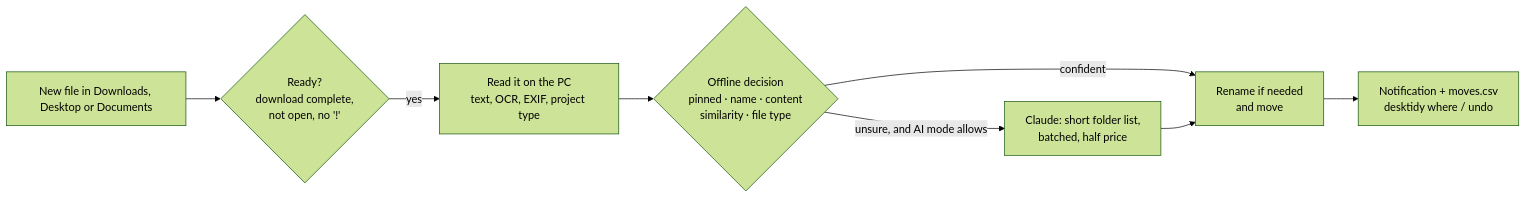
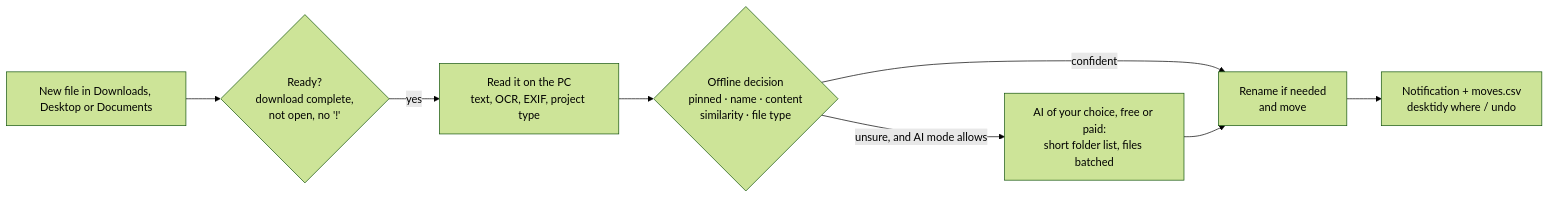
Before and after one commit to davide0707/desktidy: the diagram in README.md, drawn with Mermaid (forest theme). The commit also changed other lines of this file and 18 other files, not shown here.

````diff
--- a/README.md
+++ b/README.md
@@ -91,10 +96,10 @@
 ```mermaid
 flowchart LR
     A[New file in Downloads, Desktop or Documents] --> B{Ready?<br/>download complete,<br/>not open, no '!'}
     B -- yes --> C[Read it on the PC<br/>text, OCR, EXIF, project type]
     C --> D{Offline decision<br/>pinned · name · content<br/>similarity · file type}
     D -- confident --> F[Rename if needed<br/>and move]
-    D -- unsure, and AI mode allows --> E[Claude: short folder list,<br/>batched, half price]
+    D -- unsure, and AI mode allows --> E[AI of your choice, free or paid:<br/>short folder list, files batched]
     E --> F
     F --> G[Notification + moves.csv<br/>desktidy where / undo]
 ```
````
